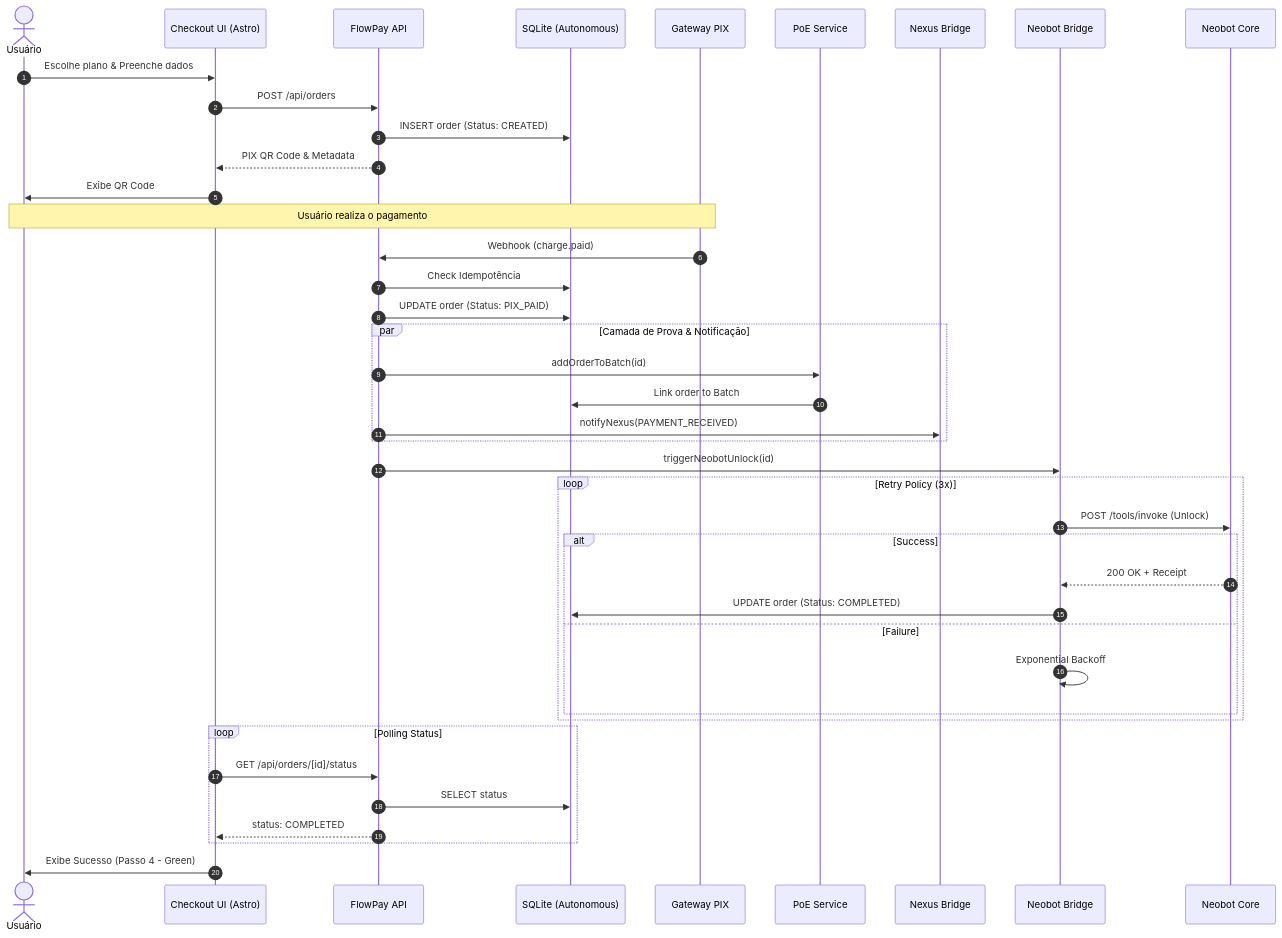
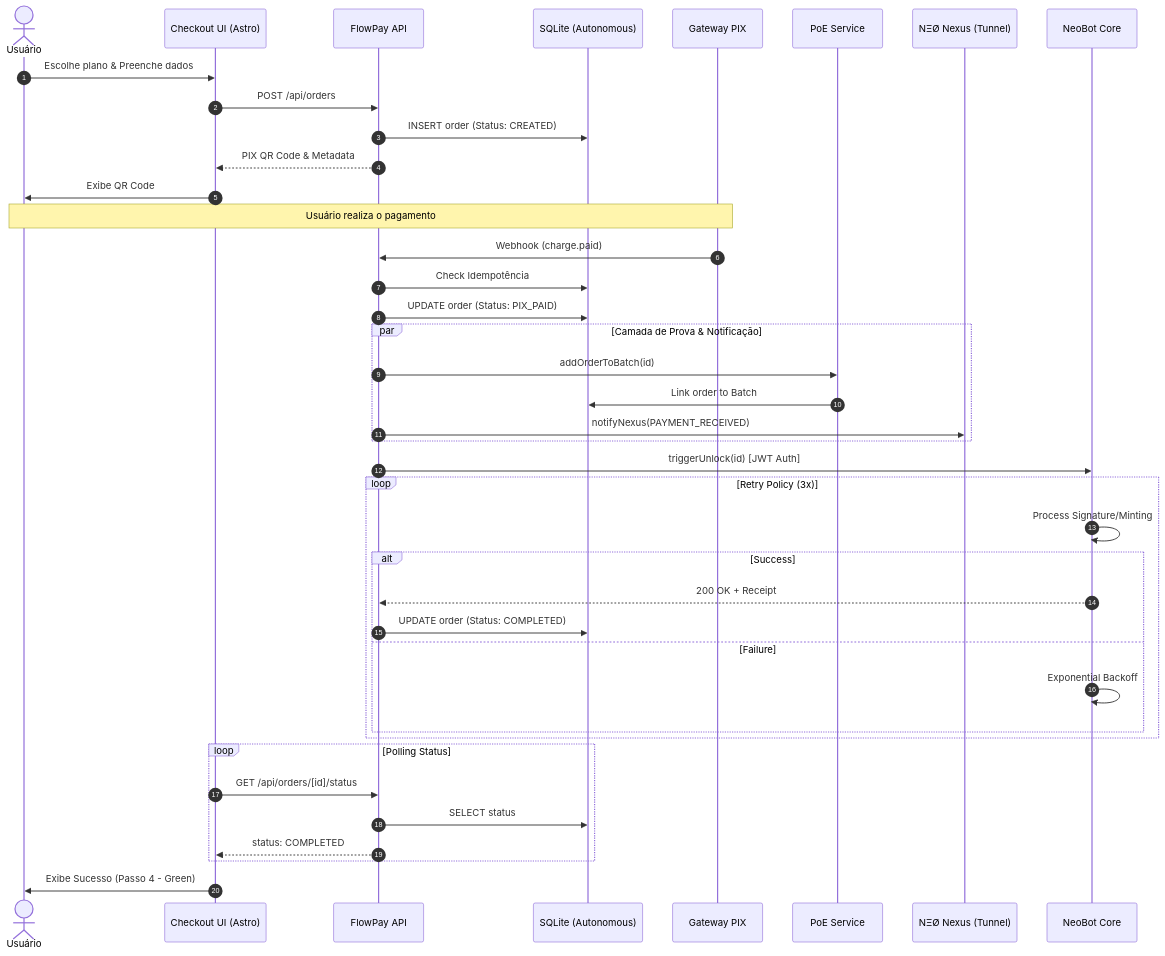
One commit to flowpaycash/flowpay changed the first of 4 diagrams in docs/technical/PAYMENT_FLOW.md. Above: the diagram before and after it, drawn with Mermaid. The commit also changed other lines of this file and 1 other file, not shown here.

Commit message:
docs: update payment architecture diagrams in README and technical flow

````diff
--- a/docs/technical/PAYMENT_FLOW.md
+++ b/docs/technical/PAYMENT_FLOW.md
@@ -9,51 +9,50 @@
 ```mermaid
 sequenceDiagram
     autonumber
     actor User as Usuário
     participant UI as Checkout UI (Astro)
     participant API as FlowPay API
     participant DB as SQLite (Autonomous)
     participant Woovi as Gateway PIX
     participant PoE as PoE Service
-    participant Nexus as Nexus Bridge
-    participant Bridge as Neobot Bridge
-    participant Bot as Neobot Core
+    participant Nexus as NΞØ Nexus (Tunnel)
+    participant Bot as NeoBot Core
 
     User->>UI: Escolhe plano & Preenche dados
     UI->>API: POST /api/orders
     API->>DB: INSERT order (Status: CREATED)
     API-->>UI: PIX QR Code & Metadata
     UI->>User: Exibe QR Code
 
     Note over User,Woovi: Usuário realiza o pagamento
     
     Woovi->>API: Webhook (charge.paid)
     API->>DB: Check Idempotência
     API->>DB: UPDATE order (Status: PIX_PAID)
     
     par Camada de Prova & Notificação
         API->>PoE: addOrderToBatch(id)
         PoE->>DB: Link order to Batch
         API->>Nexus: notifyNexus(PAYMENT_RECEIVED)
     end
 
-    API->>Bridge: triggerNeobotUnlock(id)
+    API->>Bot: triggerUnlock(id) [JWT Auth]
     
     loop Retry Policy (3x)
-        Bridge->>Bot: POST /tools/invoke (Unlock)
+        Bot->>Bot: Process Signature/Minting
         alt Success
-            Bot-->>Bridge: 200 OK + Receipt
-            Bridge->>DB: UPDATE order (Status: COMPLETED)
+            Bot-->>API: 200 OK + Receipt
+            API->>DB: UPDATE order (Status: COMPLETED)
         else Failure
-            Bridge->>Bridge: Exponential Backoff
+            Bot->>Bot: Exponential Backoff
         end
     end
 
     loop Polling Status
         UI->>API: GET /api/orders/[id]/status
         API->>DB: SELECT status
         API-->>UI: status: COMPLETED
     end
 
     UI->>User: Exibe Sucesso (Passo 4 - Green)
 ```
````
